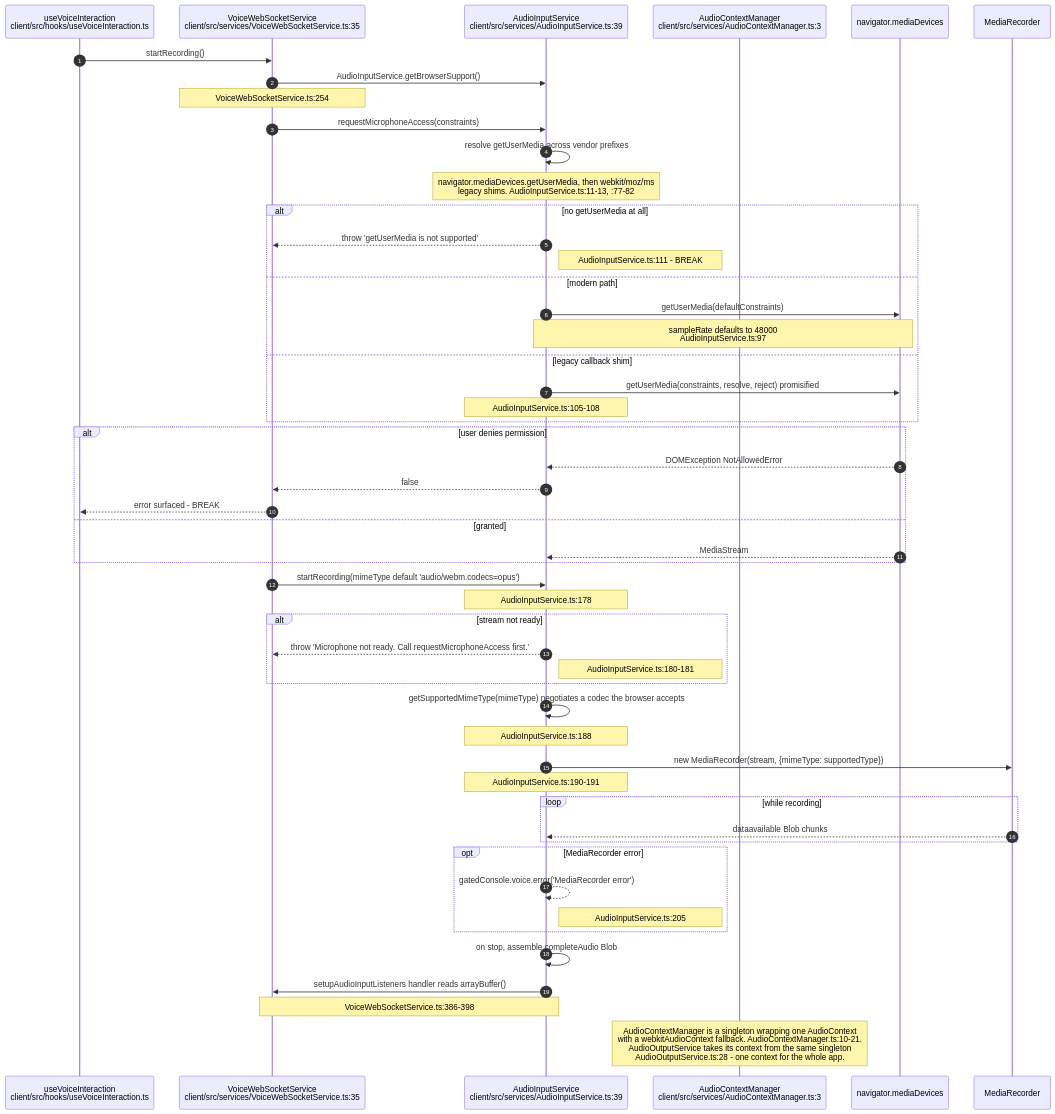
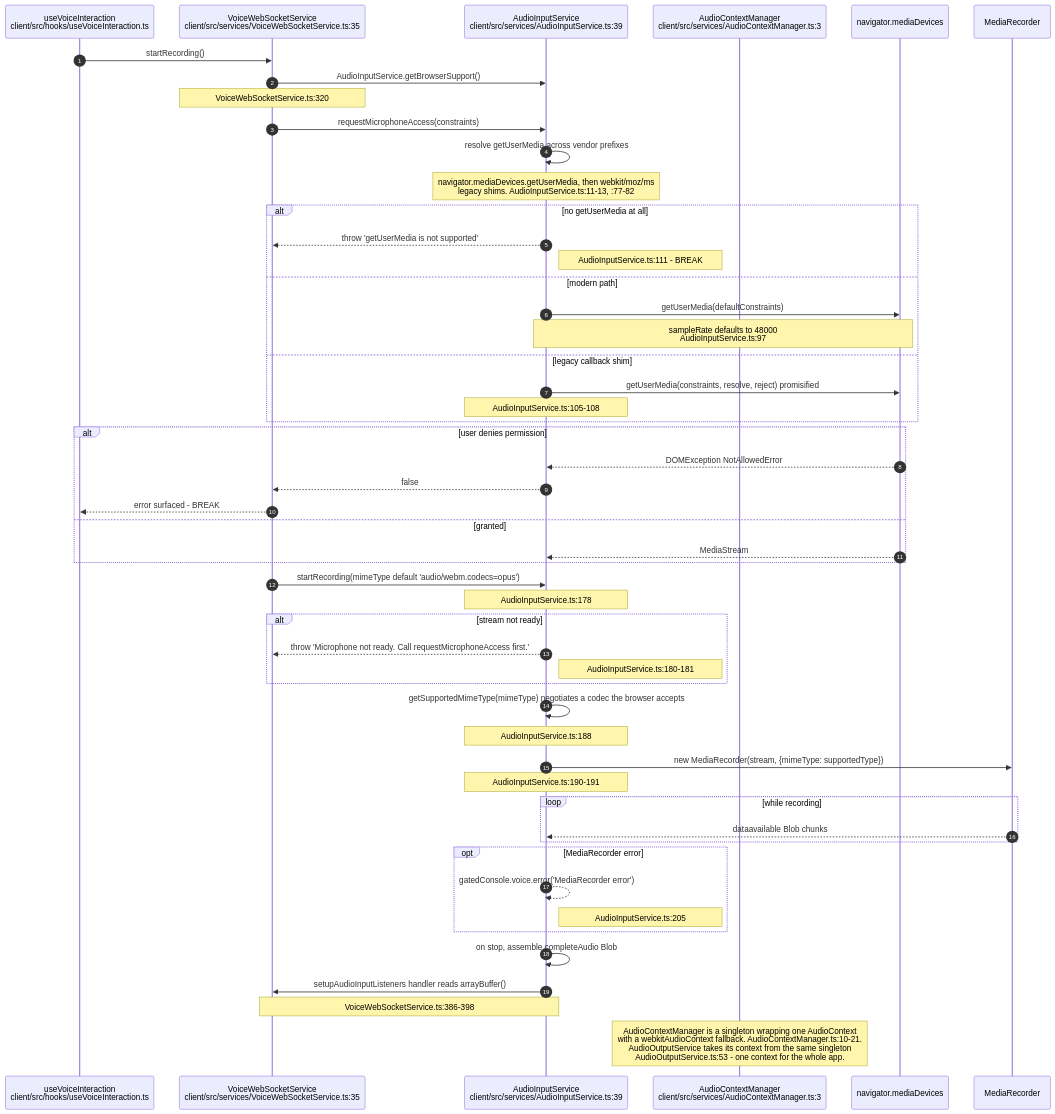
The third of 13 diagrams in docs/diagrams/visionclaw/35-voice-end-to-end.md (DreamLab-AI/VisionFlow), drawn with Mermaid before and after one commit. The commit also changed other lines of this file and 32 other files, not shown here.

````diff
--- a/docs/diagrams/visionclaw/35-voice-end-to-end.md
+++ b/docs/diagrams/visionclaw/35-voice-end-to-end.md
@@ -124,55 +126,55 @@
 ```mermaid
 sequenceDiagram
     autonumber
     participant UI as useVoiceInteraction<br/>client/src/hooks/useVoiceInteraction.ts
     participant VW as VoiceWebSocketService<br/>client/src/services/VoiceWebSocketService.ts:35
     participant AI as AudioInputService<br/>client/src/services/AudioInputService.ts:39
     participant ACM as AudioContextManager<br/>client/src/services/AudioContextManager.ts:3
     participant NAV as navigator.mediaDevices
     participant MR as MediaRecorder
 
     UI->>VW: startRecording()
     VW->>AI: AudioInputService.getBrowserSupport()
-    Note over VW: VoiceWebSocketService.ts:254
+    Note over VW: VoiceWebSocketService.ts:320
     VW->>AI: requestMicrophoneAccess(constraints)
     AI->>AI: resolve getUserMedia across vendor prefixes
     Note over AI: navigator.mediaDevices.getUserMedia, then webkit/moz/ms<br/>legacy shims. AudioInputService.ts:11-13, :77-82
     alt no getUserMedia at all
         AI-->>VW: throw 'getUserMedia is not supported'
         Note right of AI: AudioInputService.ts:111 - BREAK
     else modern path
         AI->>NAV: getUserMedia(defaultConstraints)
         Note over AI,NAV: sampleRate defaults to 48000<br/>AudioInputService.ts:97
     else legacy callback shim
         AI->>NAV: getUserMedia(constraints, resolve, reject) promisified
         Note over AI: AudioInputService.ts:105-108
     end
     alt user denies permission
         NAV-->>AI: DOMException NotAllowedError
         AI-->>VW: false
         VW-->>UI: error surfaced - BREAK
     else granted
         NAV-->>AI: MediaStream
     end
     VW->>AI: startRecording(mimeType default 'audio/webm.codecs=opus')
     Note over AI: AudioInputService.ts:178
     alt stream not ready
         AI-->>VW: throw 'Microphone not ready. Call requestMicrophoneAccess first.'
         Note right of AI: AudioInputService.ts:180-181
     end
     AI->>AI: getSupportedMimeType(mimeType) negotiates a codec the browser accepts
     Note over AI: AudioInputService.ts:188
     AI->>MR: new MediaRecorder(stream, {mimeType: supportedType})
     Note over AI: AudioInputService.ts:190-191
     loop while recording
         MR-->>AI: dataavailable Blob chunks
     end
     opt MediaRecorder error
         AI-->>AI: gatedConsole.voice.error('MediaRecorder error')
         Note right of AI: AudioInputService.ts:205
     end
     AI->>AI: on stop, assemble completeAudio Blob
     AI->>VW: setupAudioInputListeners handler reads arrayBuffer()
     Note over AI,VW: VoiceWebSocketService.ts:386-398
-    Note over ACM: AudioContextManager is a singleton wrapping one AudioContext<br/>with a webkitAudioContext fallback. AudioContextManager.ts:10-21.<br/>AudioOutputService takes its context from the same singleton<br/>AudioOutputService.ts:28 - one context for the whole app.
+    Note over ACM: AudioContextManager is a singleton wrapping one AudioContext<br/>with a webkitAudioContext fallback. AudioContextManager.ts:10-21.<br/>AudioOutputService takes its context from the same singleton<br/>AudioOutputService.ts:53 - one context for the whole app.
 ```
````
